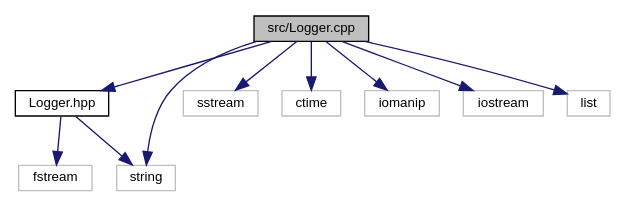
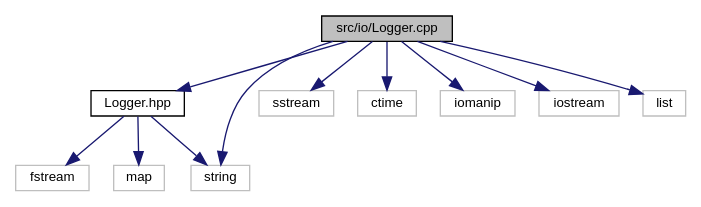
The diagram in _logger_8cpp__incl.dot (Wisteca/FilRougeDoc), drawn with Graphviz before and after one commit. The commit also changed 194 other files, not shown here.

```diff
--- a/_logger_8cpp__incl.dot
+++ b/_logger_8cpp__incl.dot
@@ -1,24 +1,26 @@
-digraph "src/Logger.cpp"
+digraph "src/io/Logger.cpp"
 {
  // LATEX_PDF_SIZE
   edge [fontname="Helvetica",fontsize="10",labelfontname="Helvetica",labelfontsize="10"];
   node [fontname="Helvetica",fontsize="10",shape=record];
-  Node1 [label="src/Logger.cpp",height=0.2,width=0.4,color="black", fillcolor="grey75", style="filled", fontcolor="black",tooltip="Implementation of Logger class."];
+  Node1 [label="src/io/Logger.cpp",height=0.2,width=0.4,color="black", fillcolor="grey75", style="filled", fontcolor="black",tooltip="Implementation of Logger class."];
   Node1 -> Node2 [color="midnightblue",fontsize="10",style="solid",fontname="Helvetica"];
   Node2 [label="Logger.hpp",height=0.2,width=0.4,color="black", fillcolor="white", style="filled",URL="$_logger_8hpp.html",tooltip="Singleton that manages logs, their severity and files."];
   Node2 -> Node3 [color="midnightblue",fontsize="10",style="solid",fontname="Helvetica"];
   Node3 [label="fstream",height=0.2,width=0.4,color="grey75", fillcolor="white", style="filled",tooltip=" "];
   Node2 -> Node4 [color="midnightblue",fontsize="10",style="solid",fontname="Helvetica"];
   Node4 [label="string",height=0.2,width=0.4,color="grey75", fillcolor="white", style="filled",tooltip=" "];
+  Node2 -> Node5 [color="midnightblue",fontsize="10",style="solid",fontname="Helvetica"];
+  Node5 [label="map",height=0.2,width=0.4,color="grey75", fillcolor="white", style="filled",tooltip=" "];
   Node1 -> Node4 [color="midnightblue",fontsize="10",style="solid",fontname="Helvetica"];
-  Node1 -> Node5 [color="midnightblue",fontsize="10",style="solid",fontname="Helvetica"];
-  Node5 [label="sstream",height=0.2,width=0.4,color="grey75", fillcolor="white", style="filled",tooltip=" "];
   Node1 -> Node6 [color="midnightblue",fontsize="10",style="solid",fontname="Helvetica"];
-  Node6 [label="ctime",height=0.2,width=0.4,color="grey75", fillcolor="white", style="filled",tooltip=" "];
+  Node6 [label="sstream",height=0.2,width=0.4,color="grey75", fillcolor="white", style="filled",tooltip=" "];
   Node1 -> Node7 [color="midnightblue",fontsize="10",style="solid",fontname="Helvetica"];
-  Node7 [label="iomanip",height=0.2,width=0.4,color="grey75", fillcolor="white", style="filled",tooltip=" "];
+  Node7 [label="ctime",height=0.2,width=0.4,color="grey75", fillcolor="white", style="filled",tooltip=" "];
   Node1 -> Node8 [color="midnightblue",fontsize="10",style="solid",fontname="Helvetica"];
-  Node8 [label="iostream",height=0.2,width=0.4,color="grey75", fillcolor="white", style="filled",tooltip=" "];
+  Node8 [label="iomanip",height=0.2,width=0.4,color="grey75", fillcolor="white", style="filled",tooltip=" "];
   Node1 -> Node9 [color="midnightblue",fontsize="10",style="solid",fontname="Helvetica"];
-  Node9 [label="list",height=0.2,width=0.4,color="grey75", fillcolor="white", style="filled",tooltip=" "];
+  Node9 [label="iostream",height=0.2,width=0.4,color="grey75", fillcolor="white", style="filled",tooltip=" "];
+  Node1 -> Node10 [color="midnightblue",fontsize="10",style="solid",fontname="Helvetica"];
+  Node10 [label="list",height=0.2,width=0.4,color="grey75", fillcolor="white", style="filled",tooltip=" "];
 }
```
